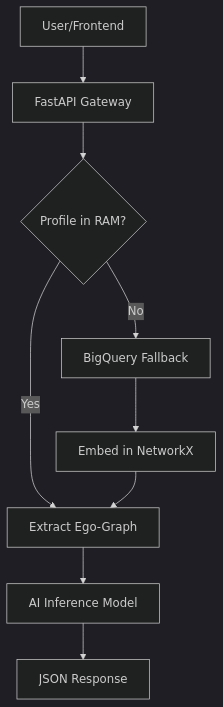
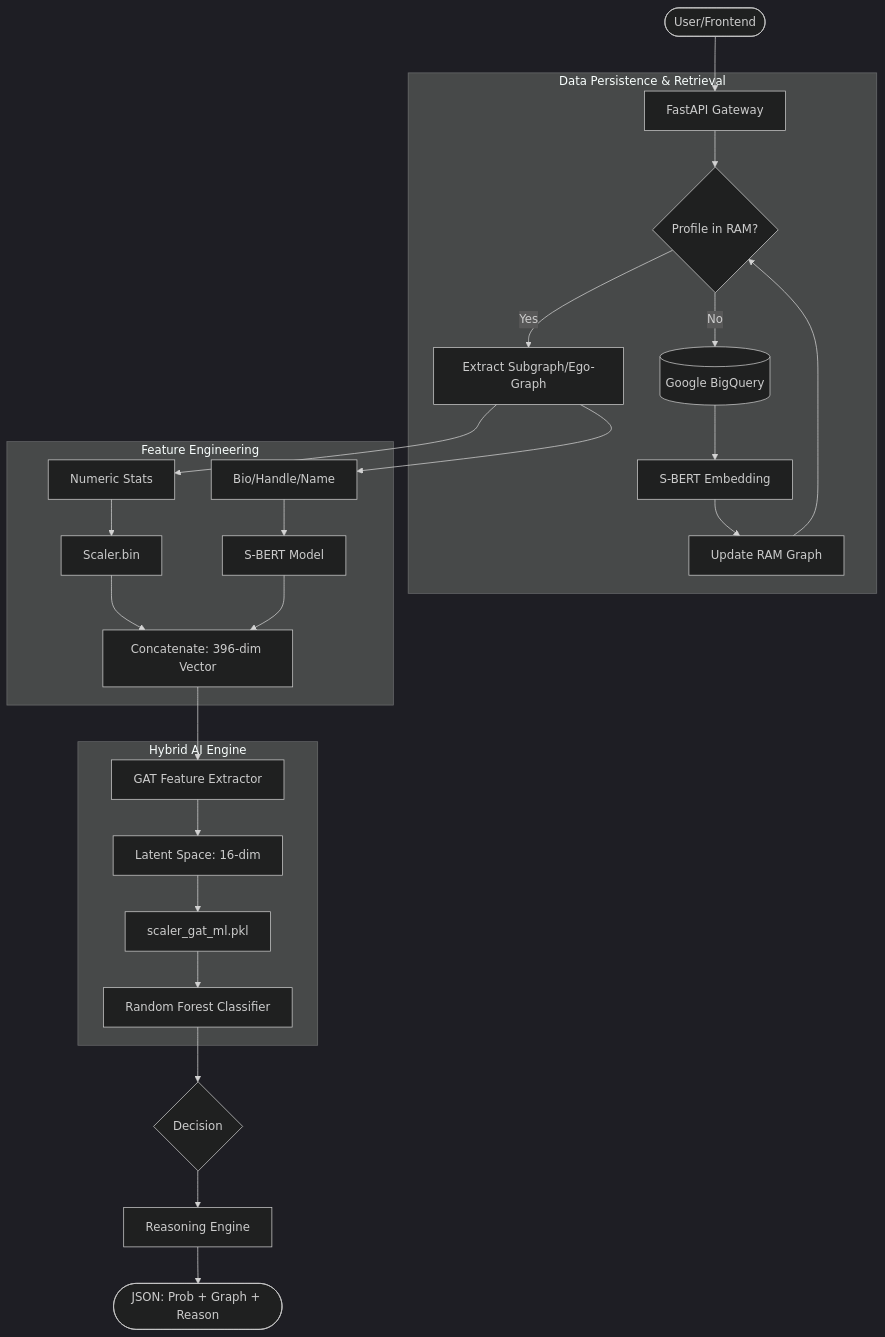
Before and after one commit to Tmh3101/sybil-detection-api: the second of 2 diagrams in README.md, drawn with Mermaid (dark theme). The commit also changed other lines of this file, not shown here.

First line of the commit message:
Update README to reflect enhancements in Sybil Detection API

````diff
--- a/README.md
+++ b/README.md
@@ -53,11 +55,34 @@
 ```mermaid
 graph TD
-    User[User/Frontend] --> API[FastAPI Gateway]
-    API --> RAM{Profile in RAM?}
-    RAM -- Yes --> Ego[Extract Ego-Graph]
-    RAM -- No --> BQ[BigQuery Fallback]
-    BQ --> Embed[Embed in NetworkX]
-    Embed --> Ego
-    Ego --> AI[AI Inference Model]
-    AI --> Response[JSON Response]
+    User([User/Frontend]) --> API[FastAPI Gateway]
+
+    subgraph "Data Persistence & Retrieval"
+        API --> Cache{Profile in RAM?}
+        Cache -- No --> BQ[(Google BigQuery)]
+        BQ --> Embed[S-BERT Embedding]
+        Embed --> Update[Update RAM Graph]
+        Update --> Cache
+        Cache -- Yes --> Ego[Extract Subgraph/Ego-Graph]
+    end
+
+    subgraph "Feature Engineering"
+        Ego --> Num[Numeric Stats]
+        Ego --> RawText[Bio/Handle/Name]
+
+        Num --> S1[Scaler.bin]
+        RawText --> SBERT[S-BERT Model]
+
+        S1 & SBERT --> Cat[Concatenate: 396-dim Vector]
+    end
+
+    subgraph "Hybrid AI Engine"
+        Cat --> GAT[GAT Feature Extractor]
+        GAT --> Latent[Latent Space: 16-dim]
+        Latent --> S2[scaler_gat_ml.pkl]
+        S2 --> RF[Random Forest Classifier]
+    end
+
+    RF --> Logic{Decision}
+    Logic --> Reasoning[Reasoning Engine]
+    Reasoning --> Response([JSON: Prob + Graph + Reason])
 ```
````
